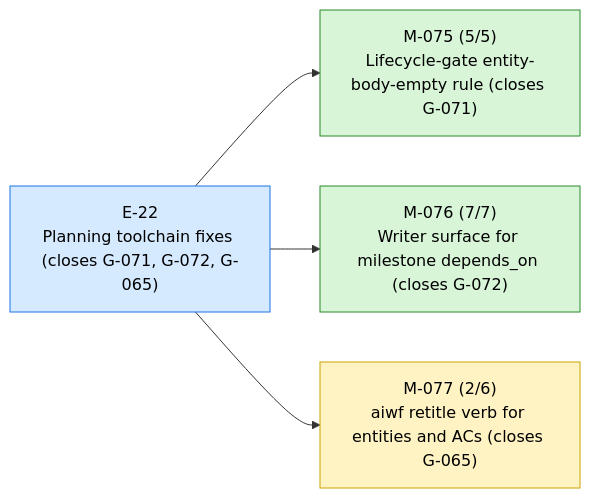
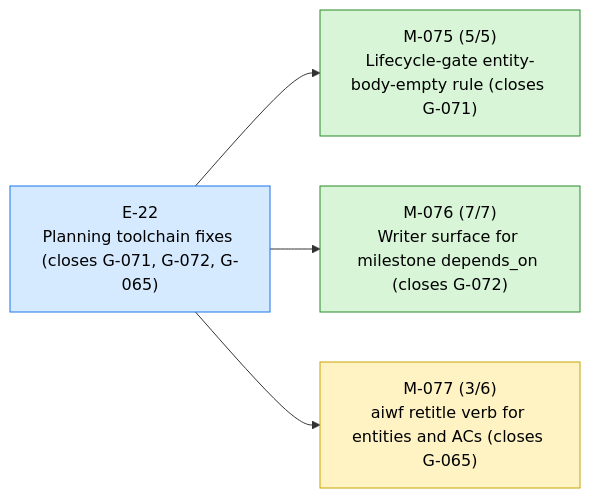
Before and after one commit to 23min/aiwf: the first of 3 diagrams in STATUS.md, drawn with Mermaid. The commit also changed other lines of this file and 1 other file, not shown here.

First line of the commit message:
aiwf promote M-077/AC-5 open -> met

````diff
--- a/STATUS.md
+++ b/STATUS.md
@@ -13,16 +13,16 @@
 ```mermaid
 flowchart LR
   E_22["E-22<br/>Planning toolchain fixes (closes G-071, G-072, G-065)"]:::epic_active
   M_075["M-075 (5/5)<br/>Lifecycle-gate entity-body-empty rule (closes G-071)"]:::ms_done
   E_22 --> M_075
   M_076["M-076 (7/7)<br/>Writer surface for milestone depends_on (closes G-072)"]:::ms_done
   E_22 --> M_076
-  M_077["M-077 (2/6)<br/>aiwf retitle verb for entities and ACs (closes G-065)"]:::ms_in_progress
+  M_077["M-077 (3/6)<br/>aiwf retitle verb for entities and ACs (closes G-065)"]:::ms_in_progress
   E_22 --> M_077
   classDef epic_active fill:#d6eaff,stroke:#1a73e8,color:#000
   classDef epic_proposed fill:#f4f4f4,stroke:#888,color:#000
   classDef ms_done fill:#d8f5d8,stroke:#2a8a2a,color:#000
   classDef ms_in_progress fill:#fff3c4,stroke:#caa400,color:#000
   classDef ms_draft fill:#f4f4f4,stroke:#888,color:#000
   classDef ms_cancelled fill:#fbeaea,stroke:#c33,color:#000
 ```
````
